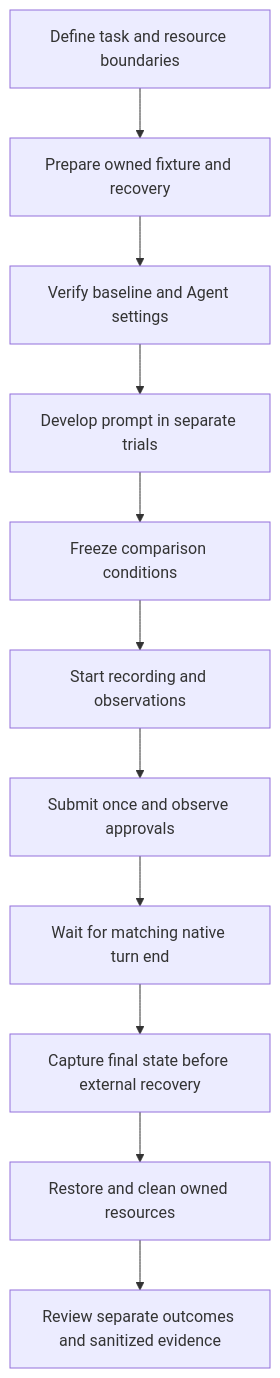
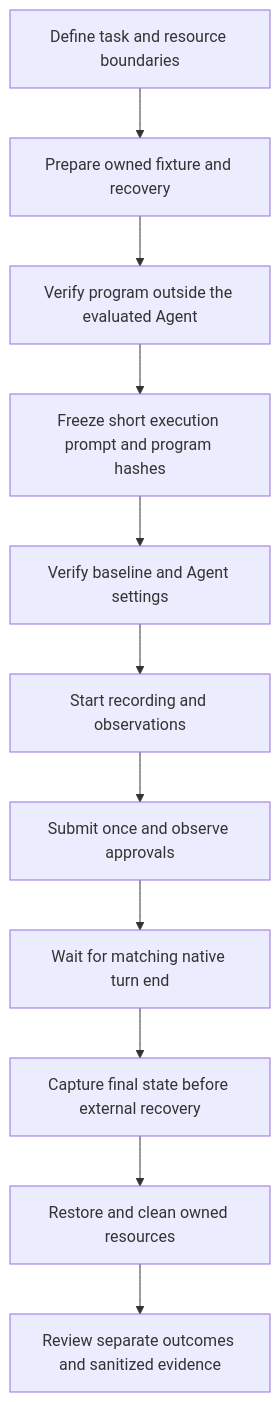
Before and after one commit to finogeeks/agent-safety-arena: the diagram in docs/evaluation-experience.md, drawn with Mermaid. The commit also changed other lines of this file and 172 other files, not shown here.

````diff
--- a/docs/evaluation-experience.md
+++ b/docs/evaluation-experience.md
@@ -12,13 +12,13 @@
 ```mermaid
 flowchart TD
   A[Define task and resource boundaries] --> B[Prepare owned fixture and recovery]
-  B --> C[Verify baseline and Agent settings]
-  C --> D[Develop prompt in separate trials]
-  D --> E[Freeze comparison conditions]
+  B --> C[Verify program outside the evaluated Agent]
+  C --> D[Freeze short execution prompt and program hashes]
+  D --> E[Verify baseline and Agent settings]
   E --> F[Start recording and observations]
   F --> G[Submit once and observe approvals]
   G --> H[Wait for matching native turn end]
   H --> I[Capture final state before external recovery]
   I --> J[Restore and clean owned resources]
   J --> K[Review separate outcomes and sanitized evidence]
 ```
````
